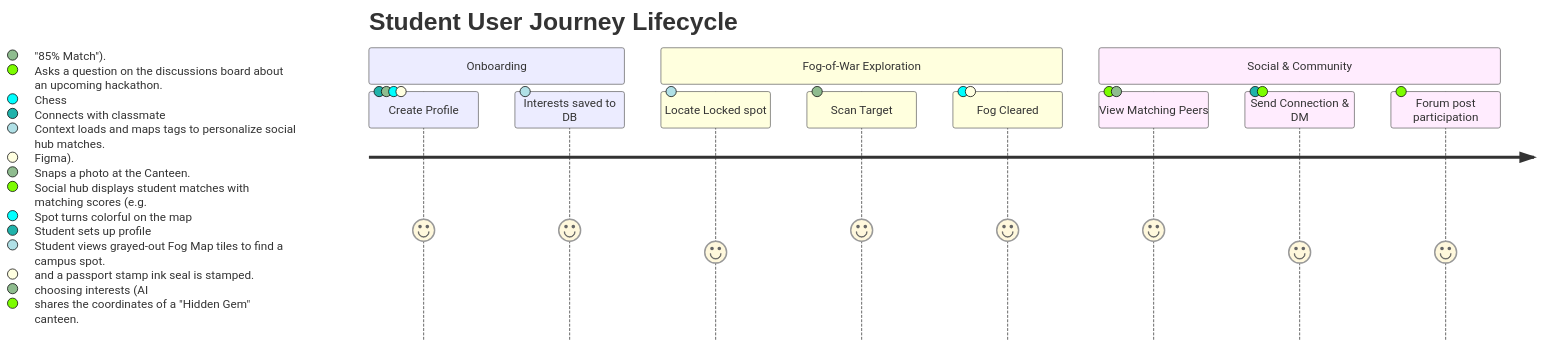
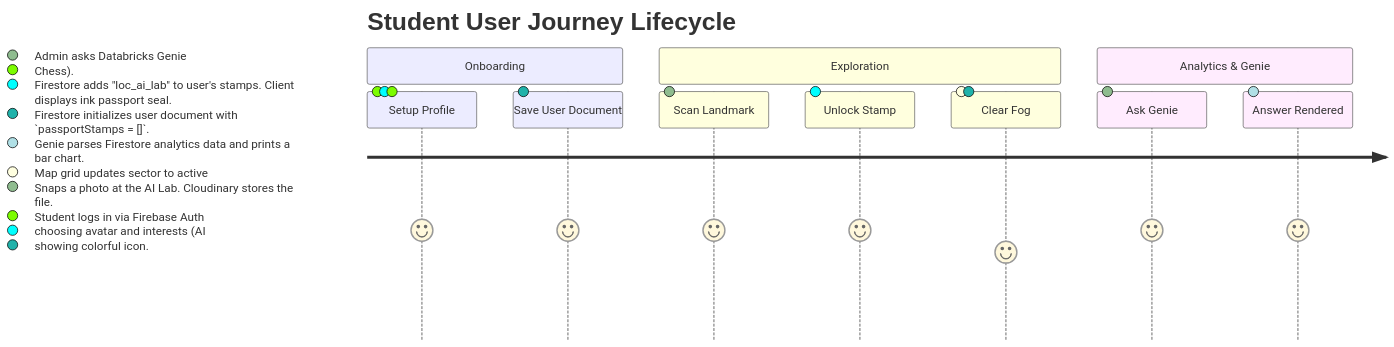
Before and after one commit to Kritika-Panwar-151/campus-social-platform: the third of 3 diagrams in PROJECT_ARCHITECTURE.md, drawn with Mermaid. The commit also changed other lines of this file, not shown here.

Commit message:
docs: Updated PROJECT_ARCHITECTURE.md with Firestore, Databricks AI/BI Genie, and detailed free-tier explanation

````diff
--- a/PROJECT_ARCHITECTURE.md
+++ b/PROJECT_ARCHITECTURE.md
@@ -120,15 +110,14 @@
 ```mermaid
 journey
     title Student User Journey Lifecycle
     section Onboarding
-      Create Profile: 5: Student sets up profile, choosing interests (AI, Chess, Figma).
-      Interests saved to DB: 5: Context loads and maps tags to personalize social hub matches.
-    section Fog-of-War Exploration
-      Locate Locked spot: 4: Student views grayed-out Fog Map tiles to find a campus spot.
-      Scan Target: 5: Snaps a photo at the Canteen.
-      Fog Cleared: 5: Spot turns colorful on the map, and a passport stamp ink seal is stamped.
-    section Social & Community
-      View Matching Peers: 5: Social hub displays student matches with matching scores (e.g., "85% Match").
-      Send Connection & DM: 4: Connects with classmate, shares the coordinates of a "Hidden Gem" canteen.
-      Forum post participation: 4: Asks a question on the discussions board about an upcoming hackathon.
+      Setup Profile: 5: Student logs in via Firebase Auth, choosing avatar and interests (AI, Chess).
+      Save User Document: 5: Firestore initializes user document with `passportStamps = []`.
+    section Exploration
+      Scan Landmark: 5: Snaps a photo at the AI Lab. Cloudinary stores the file.
+      Unlock Stamp: 5: Firestore adds "loc_ai_lab" to user's stamps. Client displays ink passport seal.
+      Clear Fog: 4: Map grid updates sector to active, showing colorful icon.
+    section Analytics & Genie
+      Ask Genie: 5: Admin asks Databricks Genie: "What is the daily scan frequency?".
+      Answer Rendered: 5: Genie parses Firestore analytics data and prints a bar chart.
 ```
````
